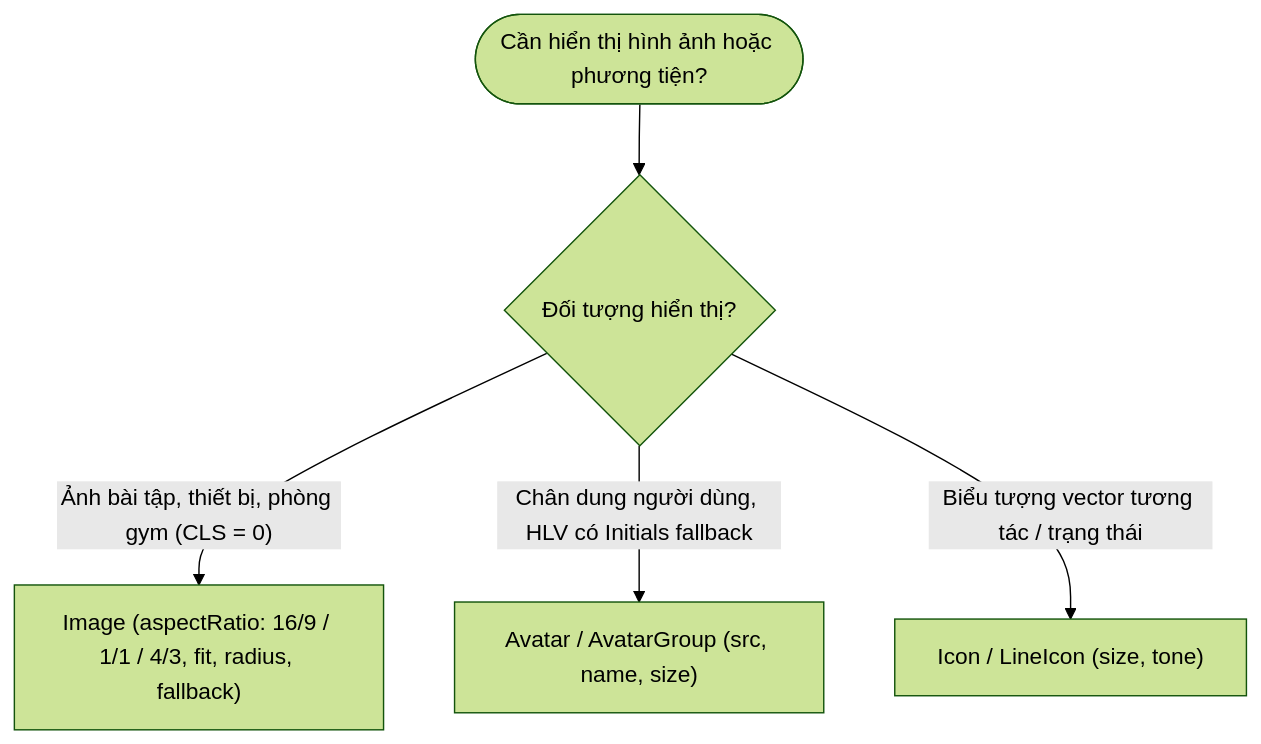
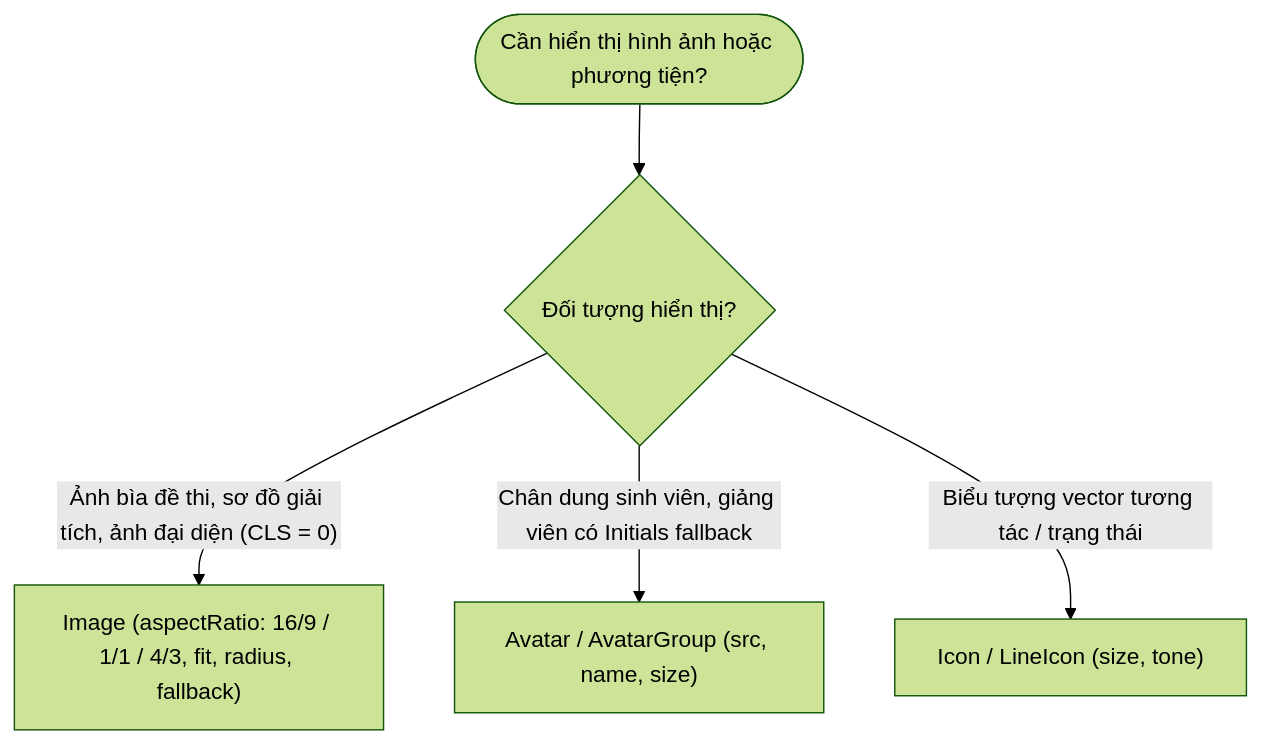
One commit to lethanhan01/Social-network-for-student-Generated-Question-Bank changed diagram 11 of 13 in src/components/README.md. Above: the diagram before and after it, drawn with Mermaid (forest theme). The commit also changed other lines of this file and 6 other files, not shown here.

````diff
--- a/src/components/README.md
+++ b/src/components/README.md
@@ -651,7 +747,7 @@
 ```mermaid
 graph TD
     Start(["Cần hiển thị hình ảnh hoặc phương tiện?"]) --> MediaType{Đối tượng hiển thị?}
-    MediaType -->|"Ảnh bài tập, thiết bị, phòng gym (CLS = 0)"| M1["Image (aspectRatio: 16/9 / 1/1 / 4/3, fit, radius, fallback)"]
-    MediaType -->|"Chân dung người dùng, HLV có Initials fallback"| M2["Avatar / AvatarGroup (src, name, size)"]
+    MediaType -->|"Ảnh bìa đề thi, sơ đồ giải tích, ảnh đại diện (CLS = 0)"| M1["Image (aspectRatio: 16/9 / 1/1 / 4/3, fit, radius, fallback)"]
+    MediaType -->|"Chân dung sinh viên, giảng viên có Initials fallback"| M2["Avatar / AvatarGroup (src, name, size)"]
     MediaType -->|"Biểu tượng vector tương tác / trạng thái"| M3["Icon / LineIcon (size, tone)"]
 ```
````
